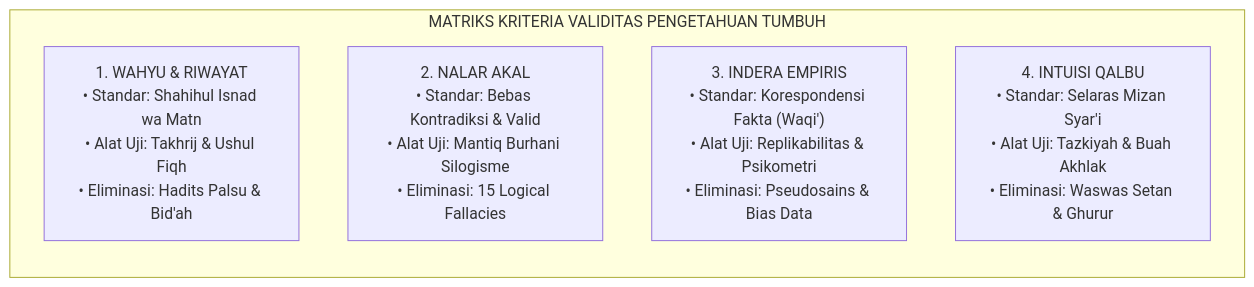
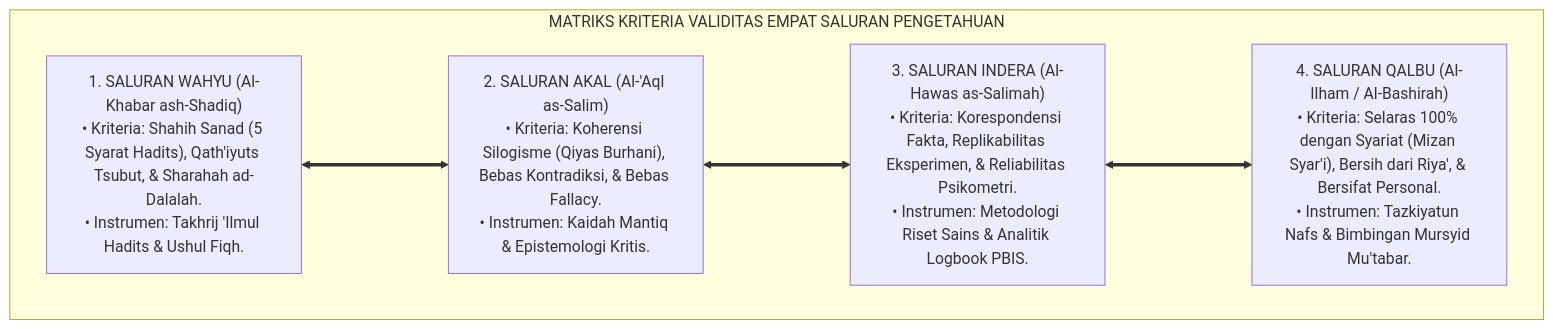
Before and after one commit to wandiapriliyandi/tumbuh: the second of 5 diagrams in 01 Philosophy/01 Worldview/02 Epistemologi TUMBUH/P1-01-02-03-Validasi-Pengetahuan.md, drawn with Mermaid. The commit also changed other lines of this file and 9 other files, not shown here.

Commit message:
docs(epistemology & human-nature): reconstruct all 02 Epistemologi TUMBUH, master P1-01 Worldview, and P1-02-01 Hakikat Fitrah to pure academic monograph standard

````diff
--- a/01 Philosophy/01 Worldview/02 Epistemologi TUMBUH/P1-01-02-03-Validasi-Pengetahuan.md
+++ b/01 Philosophy/01 Worldview/02 Epistemologi TUMBUH/P1-01-02-03-Validasi-Pengetahuan.md
@@ -362,9 +121,15 @@
 ```mermaid
-graph LR
-    subgraph MatriksValidasiKebenaran["MATRIKS KRITERIA VALIDITAS PENGETAHUAN TUMBUH"]
-        W["1. WAHYU & RIWAYAT<br/>• Standar: Shahihul Isnad wa Matn<br/>• Alat Uji: Takhrij & Ushul Fiqh<br/>• Eliminasi: Hadits Palsu & Bid'ah"]
-        A["2. NALAR AKAL<br/>• Standar: Bebas Kontradiksi & Valid<br/>• Alat Uji: Mantiq Burhani Silogisme<br/>• Eliminasi: 15 Logical Fallacies"]
-        H["3. INDERA EMPIRIS<br/>• Standar: Korespondensi Fakta (Waqi')<br/>• Alat Uji: Replikabilitas & Psikometri<br/>• Eliminasi: Pseudosains & Bias Data"]
-        Q["4. INTUISI QALBU<br/>• Standar: Selaras Mizan Syar'i<br/>• Alat Uji: Tazkiyah & Buah Akhlak<br/>• Eliminasi: Waswas Setan & Ghurur"]
+flowchart TD
+    subgraph MatriksKriteriaValiditas["MATRIKS KRITERIA VALIDITAS EMPAT SALURAN PENGETAHUAN"]
+        
+        V1["1. SALURAN WAHYU (Al-Khabar ash-Shadiq)<br/>• Kriteria: Shahih Sanad (5 Syarat Hadits), Qath'iyuts Tsubut, & Sharahah ad-Dalalah.<br/>• Instrumen: Takhrij 'Ilmul Hadits & Ushul Fiqh."]
+        
+        V2["2. SALURAN AKAL (Al-'Aql as-Salim)<br/>• Kriteria: Koherensi Silogisme (Qiyas Burhani), Bebas Kontradiksi, & Bebas Fallacy.<br/>• Instrumen: Kaidah Mantiq & Epistemologi Kritis."]
+        
+        V3["3. SALURAN INDERA (Al-Hawas as-Salimah)<br/>• Kriteria: Korespondensi Fakta, Replikabilitas Eksperimen, & Reliabilitas Psikometri.<br/>• Instrumen: Metodologi Riset Sains & Analitik Logbook PBIS."]
+        
+        V4["4. SALURAN QALBU (Al-Ilham / Al-Bashirah)<br/>• Kriteria: Selaras 100% dengan Syariat (Mizan Syar'i), Bersih dari Riya', & Bersifat Personal.<br/>• Instrumen: Tazkiyatun Nafs & Bimbingan Mursyid Mu'tabar."]
+        
+        V1 <===> V2 <===> V3 <===> V4
     end
 ```
````
